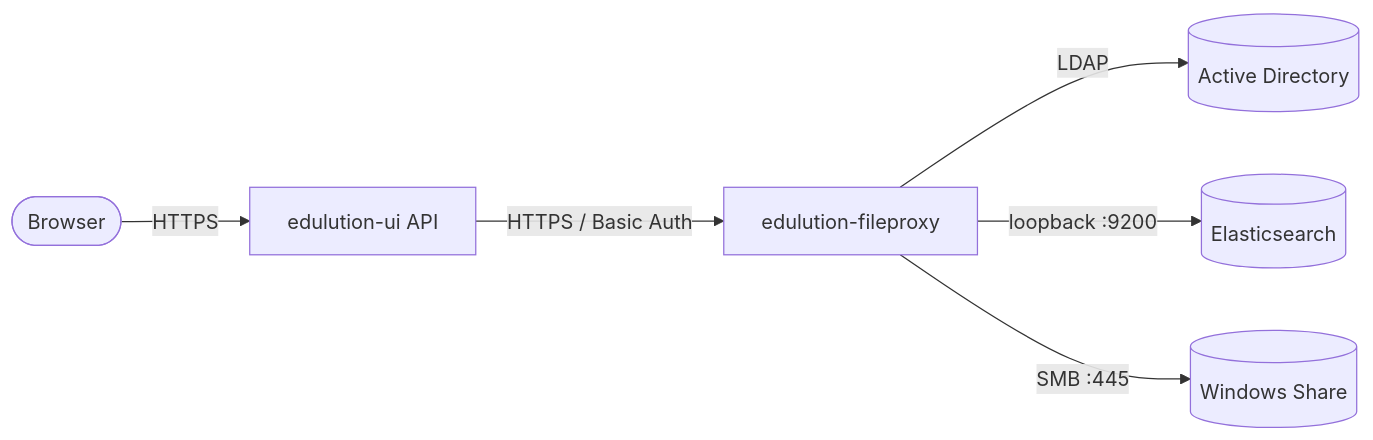
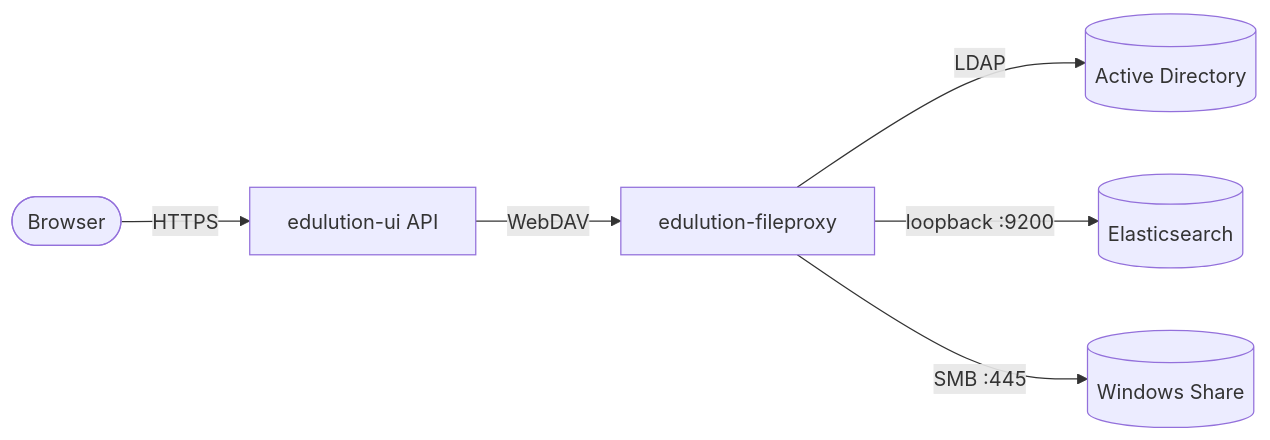
One commit to edulution-io/edulution-docs changed the diagram in docs/edulution-fileproxy/wiki-infrastruktur.md. Above: the diagram before and after it, drawn with Mermaid. The commit also changed other lines of this file and 6 other files, not shown here.

````diff
--- a/docs/edulution-fileproxy/wiki-infrastruktur.md
+++ b/docs/edulution-fileproxy/wiki-infrastruktur.md
@@ -17,15 +17,15 @@
 ```mermaid
 flowchart LR
     Browser([Browser])
     UI[edulution-ui API]
     FP[edulution-fileproxy]
     AD[(Active Directory)]
     ES[(Elasticsearch)]
     SMB[(Windows Share)]
 
     Browser -- HTTPS --> UI
-    UI -- "HTTPS / Basic Auth" --> FP
+    UI -- WebDAV --> FP
     FP -- LDAP --> AD
     FP -- "loopback :9200" --> ES
     FP -- "SMB :445" --> SMB
 ```
````
